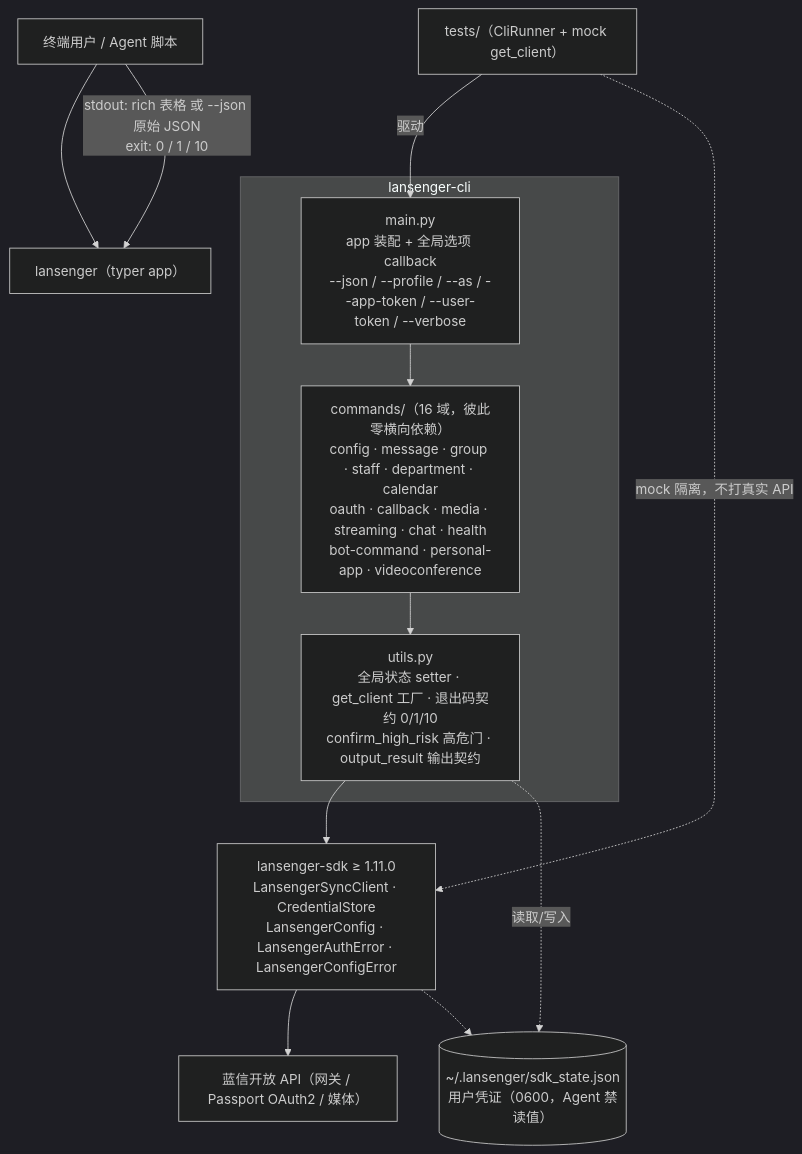
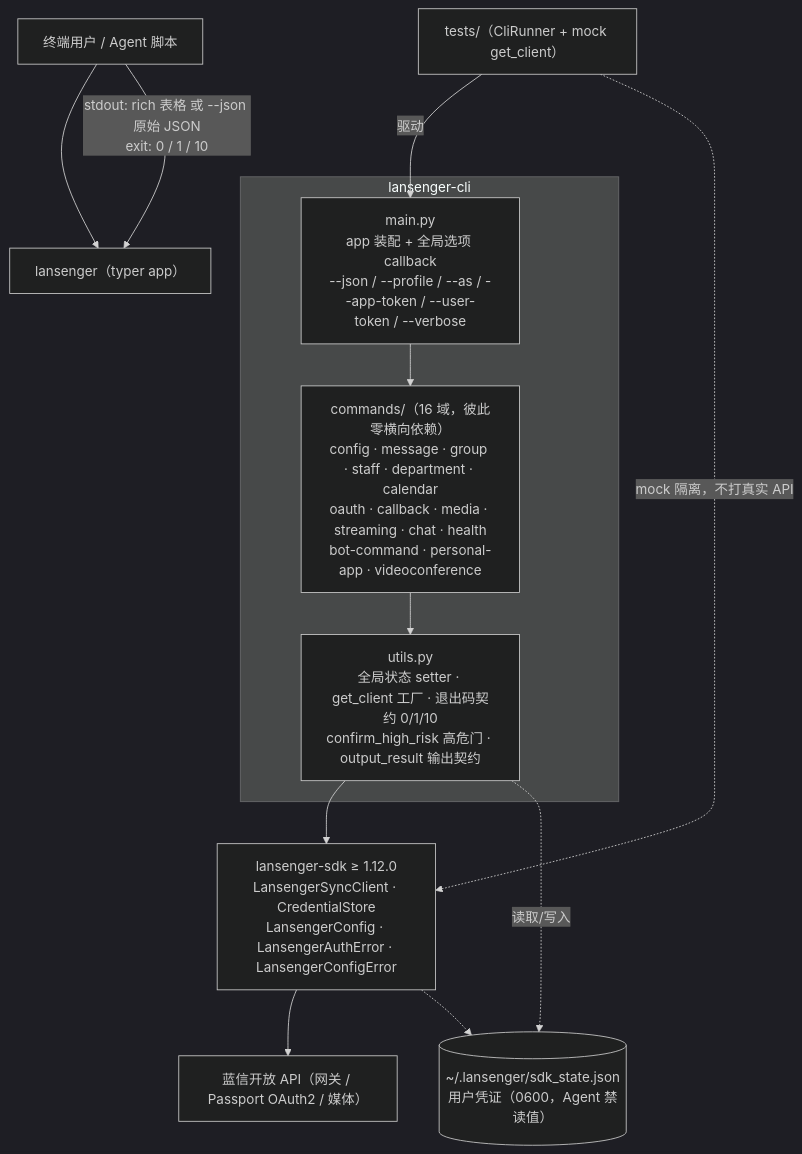
Before and after one commit to lansenger-pm/lansenger-cli: the diagram in docs/architecture.md, drawn with Mermaid (dark theme). The commit also changed other lines of this file and 2 other files, not shown here.

First line of the commit message:
docs: sync SDK floor and test-count drift after deviceflow

````diff
--- a/docs/architecture.md
+++ b/docs/architecture.md
@@ -8,23 +8,23 @@
 ```mermaid
 flowchart TD
     U["终端用户 / Agent 脚本"] --> CLI["lansenger（typer app）"]
 
     subgraph CLI包["lansenger-cli"]
         MAIN["main.py<br/>app 装配 + 全局选项 callback<br/>--json / --profile / --as / --app-token / --user-token / --verbose"]
         CMDS["commands/（16 域，彼此零横向依赖）<br/>config · message · group · staff · department · calendar<br/>oauth · callback · media · streaming · chat · health<br/>bot-command · personal-app · videoconference"]
         UTILS["utils.py<br/>全局状态 setter · get_client 工厂 · 退出码契约 0/1/10<br/>confirm_high_risk 高危门 · output_result 输出契约"]
     end
 
-    SDK["lansenger-sdk ≥ 1.11.0<br/>LansengerSyncClient · CredentialStore<br/>LansengerConfig · LansengerAuthError · LansengerConfigError"]
+    SDK["lansenger-sdk ≥ 1.12.0<br/>LansengerSyncClient · CredentialStore<br/>LansengerConfig · LansengerAuthError · LansengerConfigError"]
     API["蓝信开放 API（网关 / Passport OAuth2 / 媒体）"]
 
     TESTS["tests/（CliRunner + mock get_client）"]
     STORE[("~/.lansenger/sdk_state.json<br/>用户凭证（0600，Agent 禁读值）")]
 
     U -->|"stdout: rich 表格 或 --json 原始 JSON<br/>exit: 0 / 1 / 10"| CLI
     MAIN --> CMDS --> UTILS --> SDK --> API
     UTILS -.读取/写入.-> STORE
     SDK -.-> STORE
     TESTS -->|"驱动"| MAIN
     TESTS -.->|"mock 隔离，不打真实 API"| SDK
 ```
````
